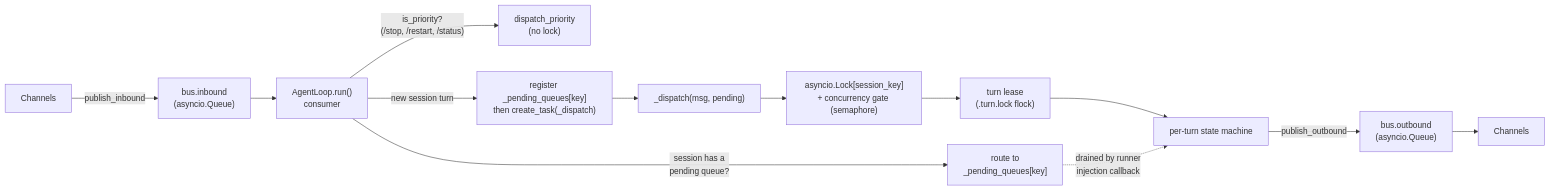
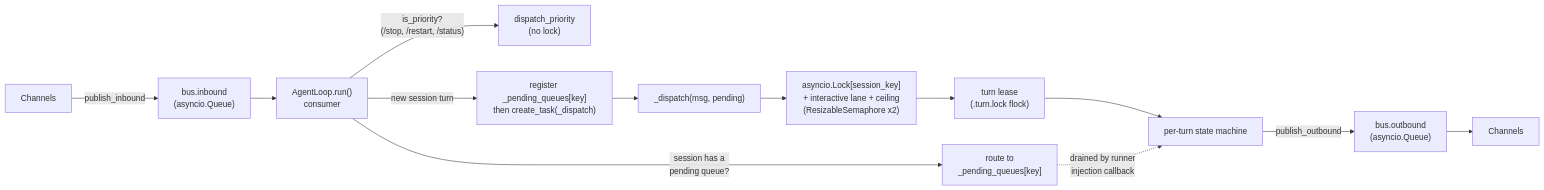
The second of 3 diagrams in docs/internals/loop.md (mmarmol/durin), drawn with Mermaid before and after one commit. The commit also changed other lines of this file and 11 other files, not shown here.

First line of the commit message:
Concurrency lanes + shared global ceiling (fix subagent bypass) (#227)

````diff
--- a/docs/internals/loop.md
+++ b/docs/internals/loop.md
@@ -102,15 +102,15 @@
 ```mermaid
 flowchart LR
     Ch[Channels] -->|publish_inbound| Inb["bus.inbound<br/>(asyncio.Queue)"]
     Inb --> RunLoop["AgentLoop.run()<br/>consumer"]
     RunLoop -->|"is_priority?<br/>(/stop, /restart, /status)"| Prio["dispatch_priority<br/>(no lock)"]
     RunLoop -->|"session has a<br/>pending queue?"| Inject["route to<br/>_pending_queues[key]"]
     RunLoop -->|"new session turn"| NewTask["register _pending_queues[key]<br/>then create_task(_dispatch)"]
     NewTask --> Disp["_dispatch(msg, pending)"]
-    Disp --> Lock["asyncio.Lock[session_key]<br/>+ concurrency gate (semaphore)"]
+    Disp --> Lock["asyncio.Lock[session_key]<br/>+ interactive lane + ceiling<br/>(ResizableSemaphore x2)"]
     Lock --> Lease["turn lease<br/>(.turn.lock flock)"]
     Lease --> SM[per-turn state machine]
     Inject -.->|"drained by runner<br/>injection callback"| SM
     SM -->|publish_outbound| Outb["bus.outbound<br/>(asyncio.Queue)"]
     Outb --> Ch2[Channels]
 ```
````
